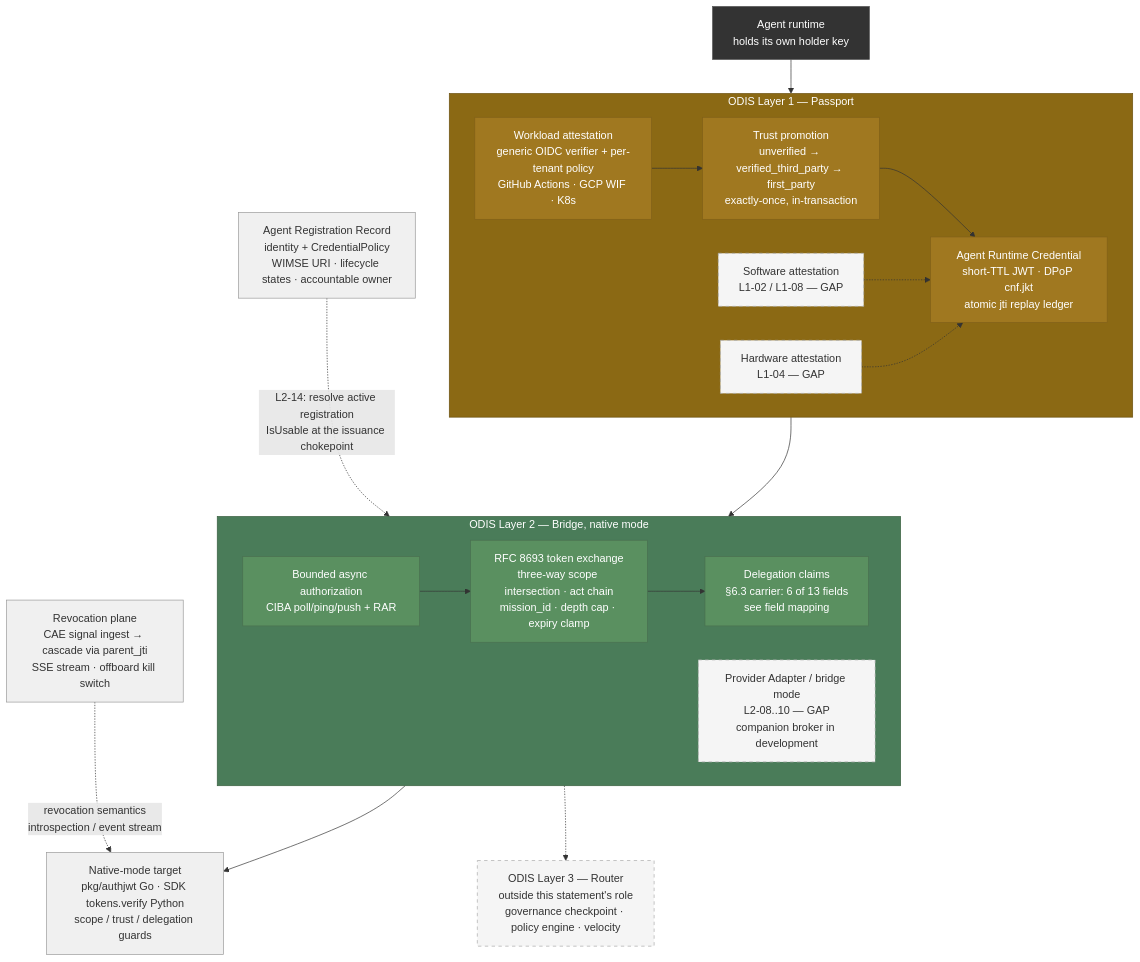
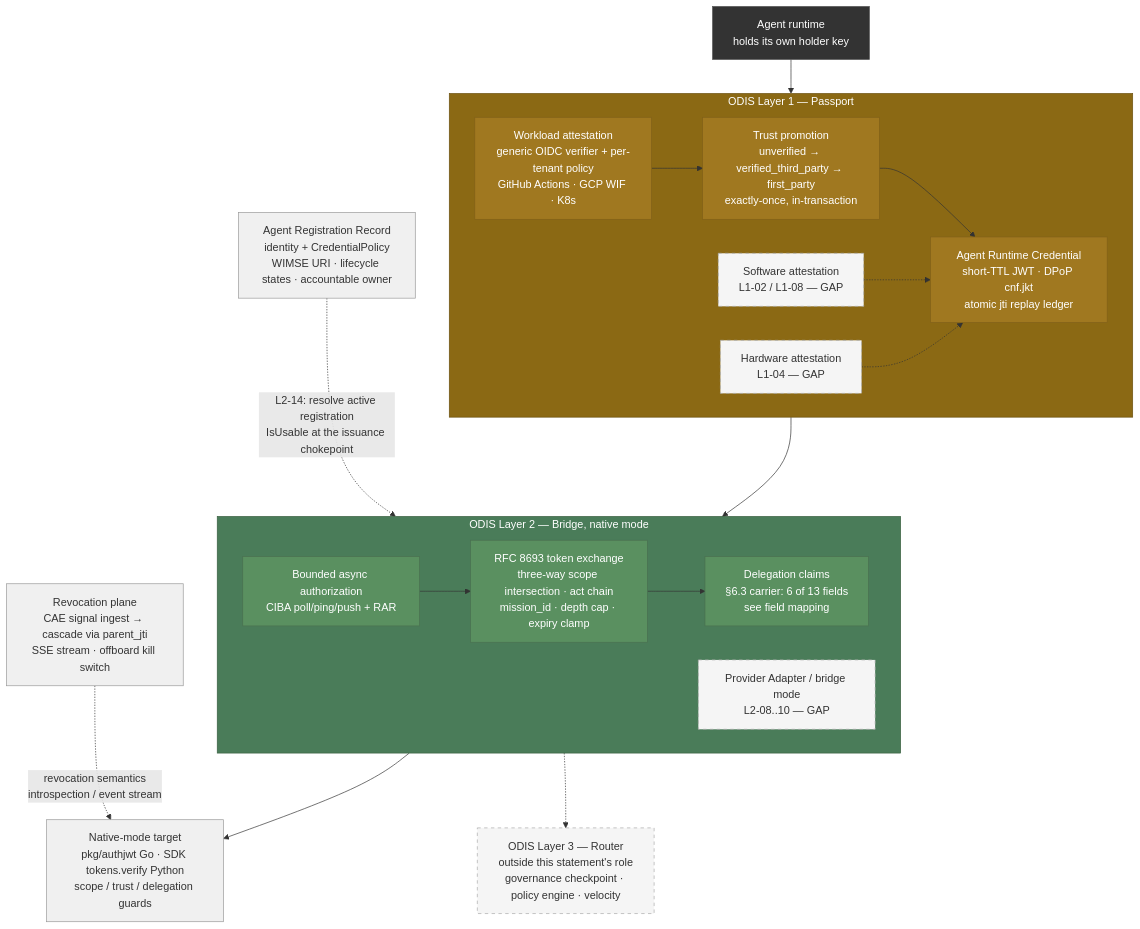
The diagram in docs/odis/role-capability-statement.md (highflame-ai/zeroid), drawn with Mermaid before and after one commit. The commit also changed other lines of this file and 128 other files, not shown here.

````diff
--- a/docs/odis/role-capability-statement.md
+++ b/docs/odis/role-capability-statement.md
@@ -63,56 +63,56 @@
 ```mermaid
 flowchart TB
 
 Agent["Agent runtime\nholds its own holder key"]
 
 subgraph L1["ODIS Layer 1 — Passport"]
 direction LR
 WL["Workload attestation\ngeneric OIDC verifier + per-tenant policy\nGitHub Actions · GCP WIF · K8s"]
 SW["Software attestation\nL1-02 / L1-08 — GAP"]
 HW["Hardware attestation\nL1-04 — GAP"]
 TRUST["Trust promotion\nunverified → verified_third_party → first_party\nexactly-once, in-transaction"]
 ARC["Agent Runtime Credential\nshort-TTL JWT · DPoP cnf.jkt\natomic jti replay ledger"]
 WL --> TRUST --> ARC
 SW -.-> ARC
 HW -.-> ARC
 end
 
 ARR["Agent Registration Record\nidentity + CredentialPolicy\nWIMSE URI · lifecycle states · accountable owner"]
 
 subgraph L2["ODIS Layer 2 — Bridge, native mode"]
 direction LR
 CIBA["Bounded async authorization\nCIBA poll/ping/push + RAR"]
 TE["RFC 8693 token exchange\nthree-way scope intersection · act chain\nmission_id · depth cap · expiry clamp"]
 DR["Delegation claims\n§6.3 carrier: 6 of 13 fields\nsee field mapping"]
-PA["Provider Adapter / bridge mode\nL2-08..10 — GAP\ncompanion broker in development"]
+PA["Provider Adapter / bridge mode\nL2-08..10 — GAP"]
 CIBA --> TE --> DR
 end
 
 TARGET["Native-mode target\npkg/authjwt Go · SDK tokens.verify Python\nscope / trust / delegation guards"]
 REV["Revocation plane\nCAE signal ingest → cascade via parent_jti\nSSE stream · offboard kill switch"]
 L3["ODIS Layer 3 — Router\noutside this statement's role\ngovernance checkpoint · policy engine · velocity"]
 
 Agent --> L1
 ARC --> L2
 ARR -.->|"L2-14: resolve active registration\nIsUsable at the issuance chokepoint"| L2
 DR --> TARGET
 REV -.->|"revocation semantics\nintrospection / event stream"| TARGET
 L2 -.-> L3
 
 style L1 fill:#8b6914,color:#fff,stroke:#6b5010
 style L2 fill:#4a7c59,color:#fff,stroke:#3a6040
 style Agent fill:#333,color:#fff,stroke:#555
 style WL fill:#a07820,color:#fff,stroke:#806018
 style TRUST fill:#a07820,color:#fff,stroke:#806018
 style ARC fill:#a07820,color:#fff,stroke:#806018
 style CIBA fill:#5a9060,color:#fff,stroke:#4a7050
 style TE fill:#5a9060,color:#fff,stroke:#4a7050
 style DR fill:#5a9060,color:#fff,stroke:#4a7050
 style SW fill:#f5f5f5,color:#333,stroke:#aaa,stroke-dasharray: 5 5
 style HW fill:#f5f5f5,color:#333,stroke:#aaa,stroke-dasharray: 5 5
 style PA fill:#f5f5f5,color:#333,stroke:#aaa,stroke-dasharray: 5 5
 style L3 fill:#f5f5f5,color:#333,stroke:#aaa,stroke-dasharray: 5 5
 style ARR fill:#f0f0f0,color:#333,stroke:#999
 style TARGET fill:#f0f0f0,color:#333,stroke:#999
 style REV fill:#f0f0f0,color:#333,stroke:#999
 ```
````
